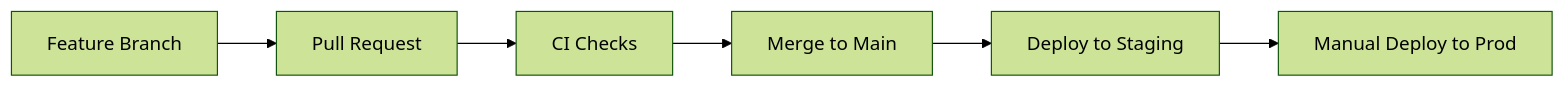
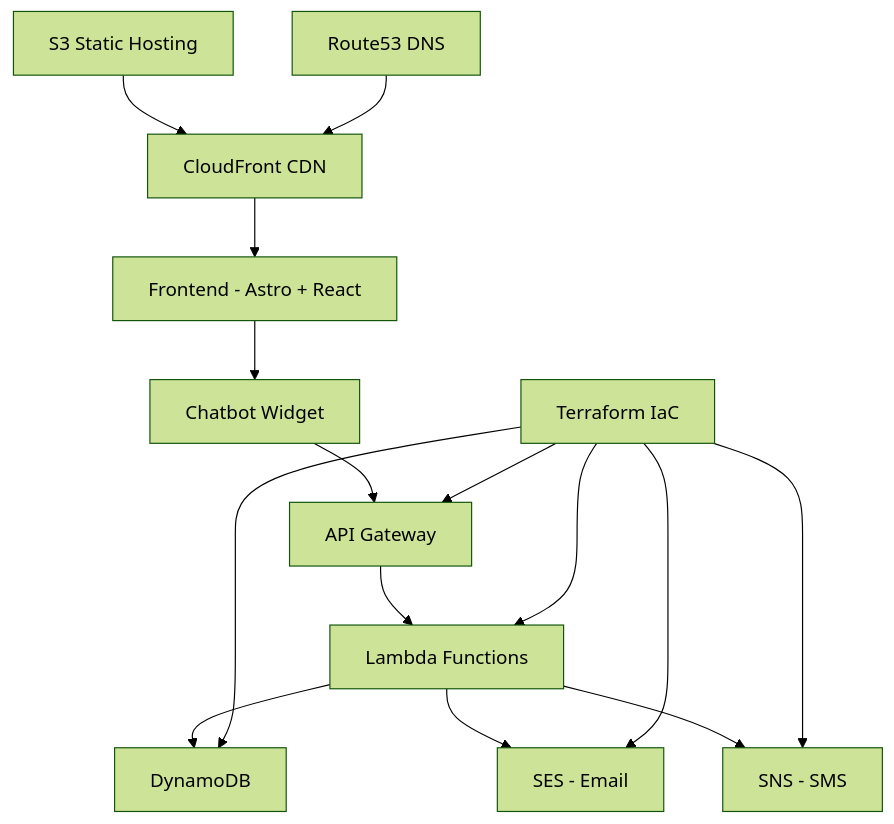
One commit to KrisRz/brenda-nails-studio changed the diagram in Readme.md. Above: the diagram before and after it, drawn with Mermaid (forest theme). The commit also changed other lines of this file and 119 other files, not shown here.

````diff
--- a/Readme.md
+++ b/Readme.md
@@ -165,8 +50,19 @@
 ```mermaid
-graph LR
-    A[Feature Branch] --> B[Pull Request]
-    B --> C[CI Checks]
-    C --> D[Merge to Main]
-    D --> E[Deploy to Staging]
-    E --> F[Manual Deploy to Prod]
+graph TB
+    A[Frontend - Astro + React] --> B[Chatbot Widget]
+    B --> C[API Gateway]
+    C --> D[Lambda Functions]
+    D --> E[DynamoDB]
+    D --> F[SES - Email]
+    D --> G[SNS - SMS]
+    
+    H[CloudFront CDN] --> A
+    I[S3 Static Hosting] --> H
+    J[Route53 DNS] --> H
+    
+    K[Terraform IaC] --> C
+    K --> D
+    K --> E
+    K --> F
+    K --> G
 ```
````
